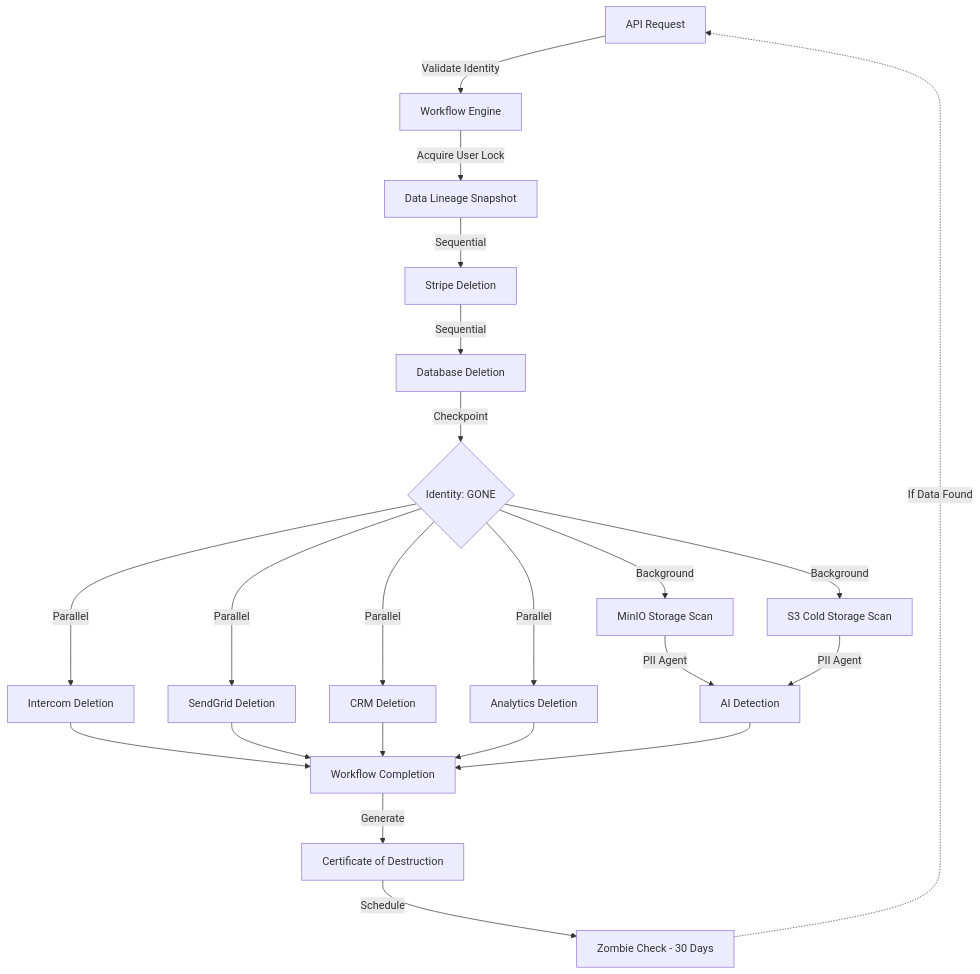
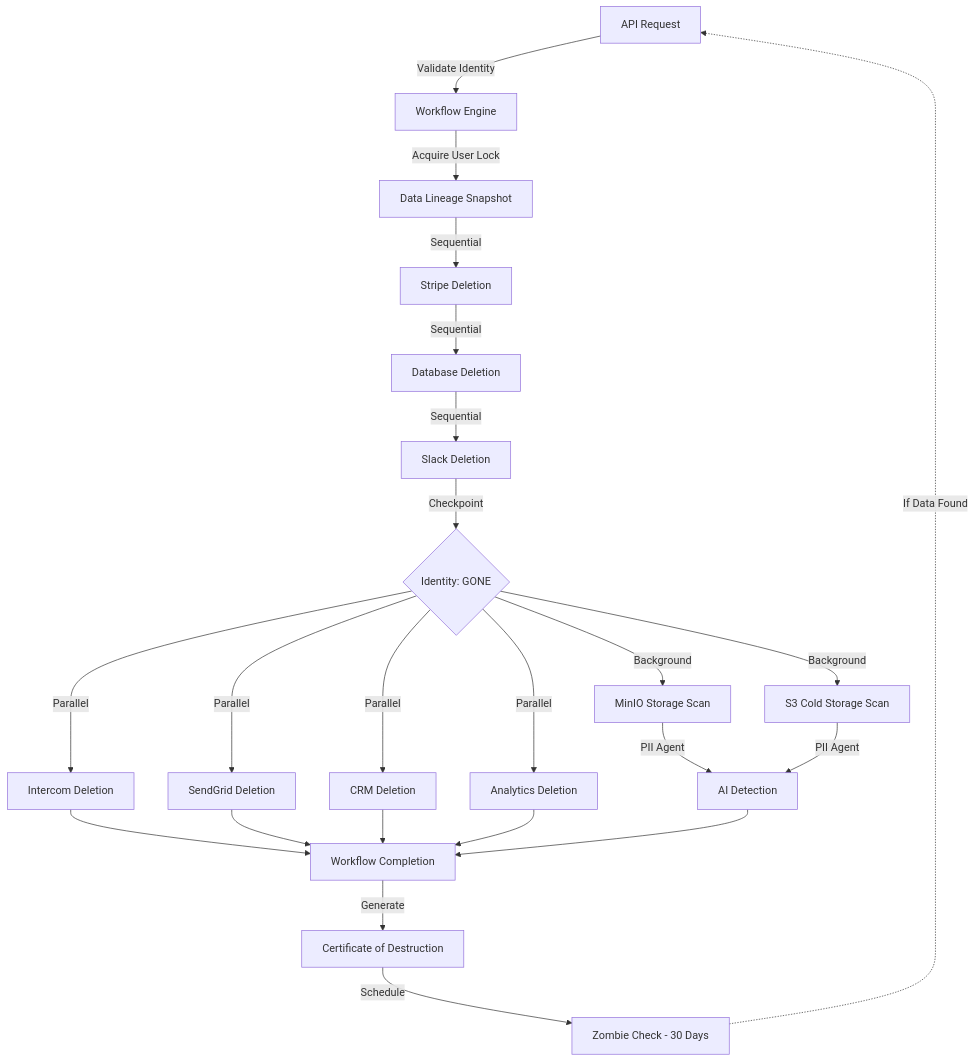
Before and after one commit to Debjyoti-19/GhostProtocol: the diagram in README.md, drawn with Mermaid. The commit also changed other lines of this file, not shown here.

````diff
--- a/README.md
+++ b/README.md
@@ -59,24 +59,25 @@
 ```mermaid
 graph TD
     A[API Request] -->|Validate Identity| B[Workflow Engine]
     B -->|Acquire User Lock| C[Data Lineage Snapshot]
     C -->|Sequential| D[Stripe Deletion]
     D -->|Sequential| E[Database Deletion]
-    E -->|Checkpoint| F{Identity: GONE}
+    E -->|Sequential| E2[Slack Deletion]
+    E2 -->|Checkpoint| F{Identity: GONE}
     F -->|Parallel| G[Intercom Deletion]
     F -->|Parallel| H[SendGrid Deletion]
     F -->|Parallel| I[CRM Deletion]
     F -->|Parallel| J[Analytics Deletion]
     F -->|Background| K[MinIO Storage Scan]
     F -->|Background| L[S3 Cold Storage Scan]
     K -->|PII Agent| M[AI Detection]
     L -->|PII Agent| M
     G --> N[Workflow Completion]
     H --> N
     I --> N
     J --> N
     M --> N
     N -->|Generate| O[Certificate of Destruction]
     O -->|Schedule| P[Zombie Check - 30 Days]
     P -.->|If Data Found| A
 ```
````
